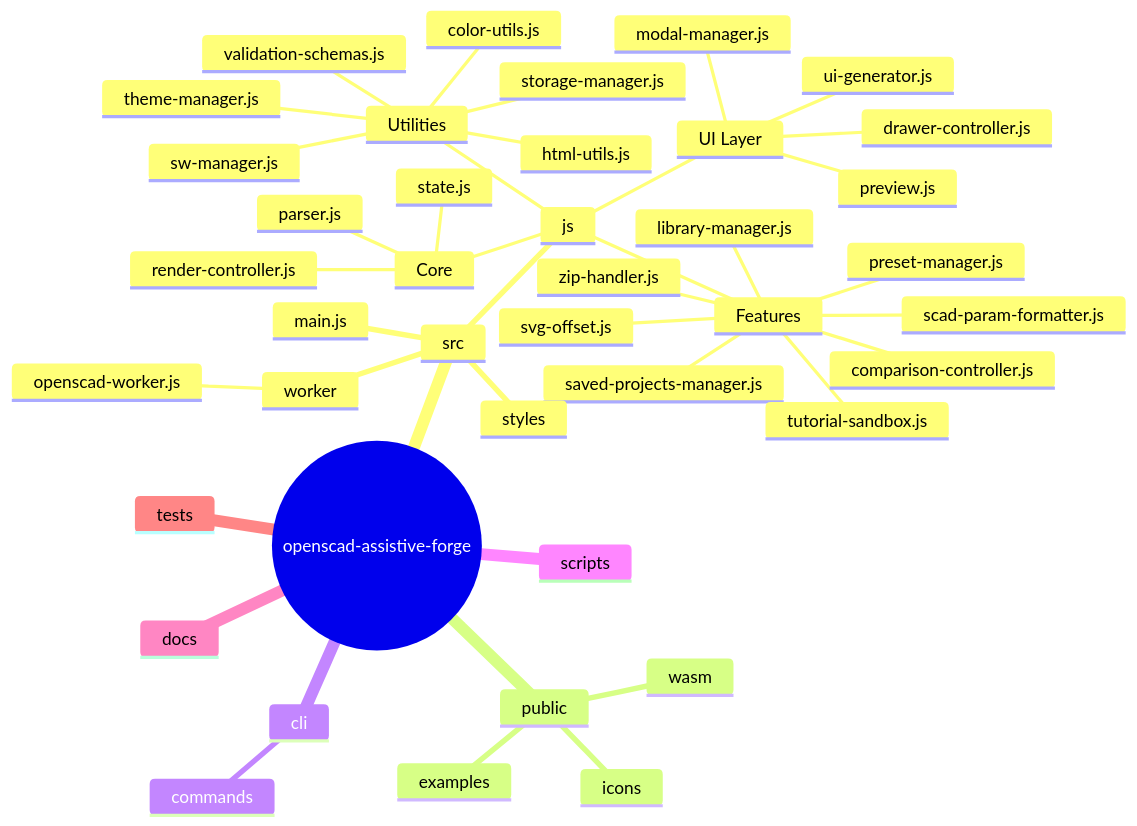
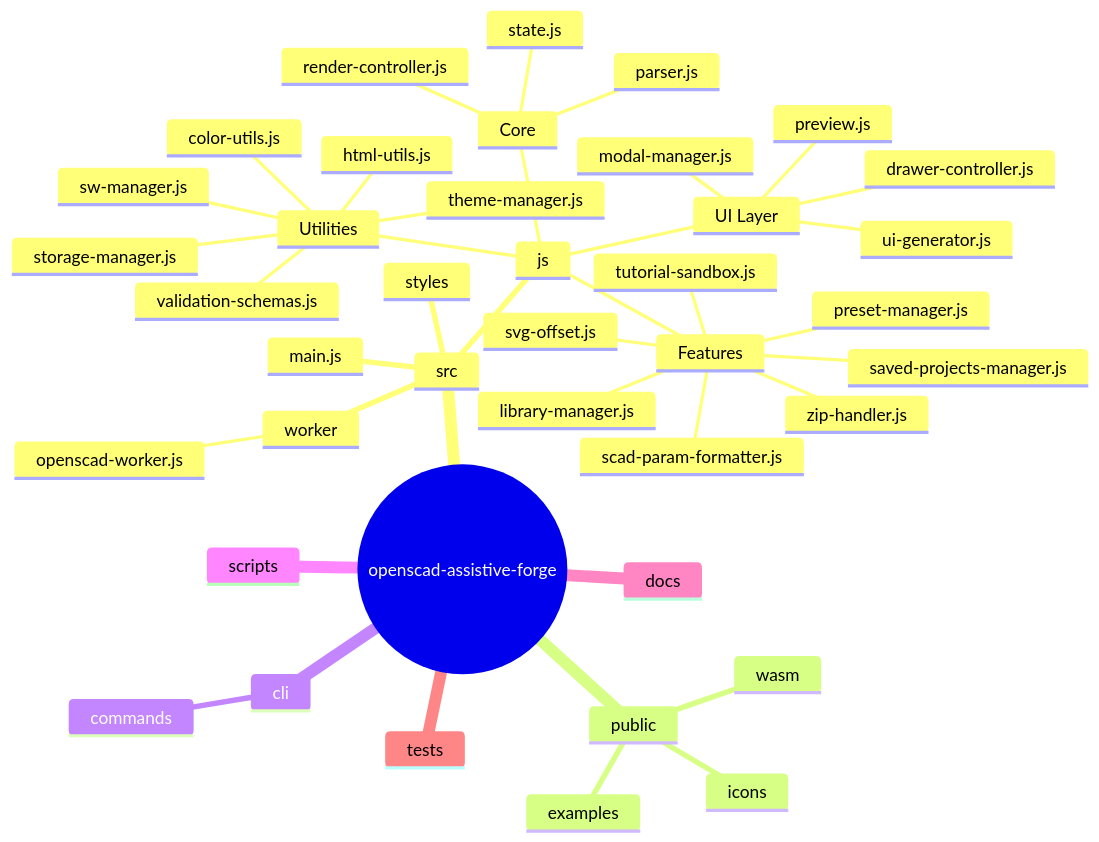
The second of 15 diagrams in docs/developing/ARCHITECTURE.md (BrennenJohnston/openscad-assistive-forge), drawn with Mermaid before and after one commit. The commit also changed other lines of this file and 22 other files, not shown here.

````diff
--- a/docs/developing/ARCHITECTURE.md
+++ b/docs/developing/ARCHITECTURE.md
@@ -31,44 +31,43 @@
 ```mermaid
 mindmap
   root((openscad-assistive-forge))
     src
       main.js
       js
         Core
           parser.js
           state.js
           render-controller.js
         UI Layer
           ui-generator.js
           preview.js
           modal-manager.js
           drawer-controller.js
         Features
           preset-manager.js
-          comparison-controller.js
           saved-projects-manager.js
           zip-handler.js
           library-manager.js
           tutorial-sandbox.js
           svg-offset.js
           scad-param-formatter.js
         Utilities
           storage-manager.js
           theme-manager.js
           validation-schemas.js
           sw-manager.js
           color-utils.js
           html-utils.js
       styles
       worker
         openscad-worker.js
     public
       wasm
       icons
       examples
     cli
       commands
     scripts
     docs
     tests
 ```
````
